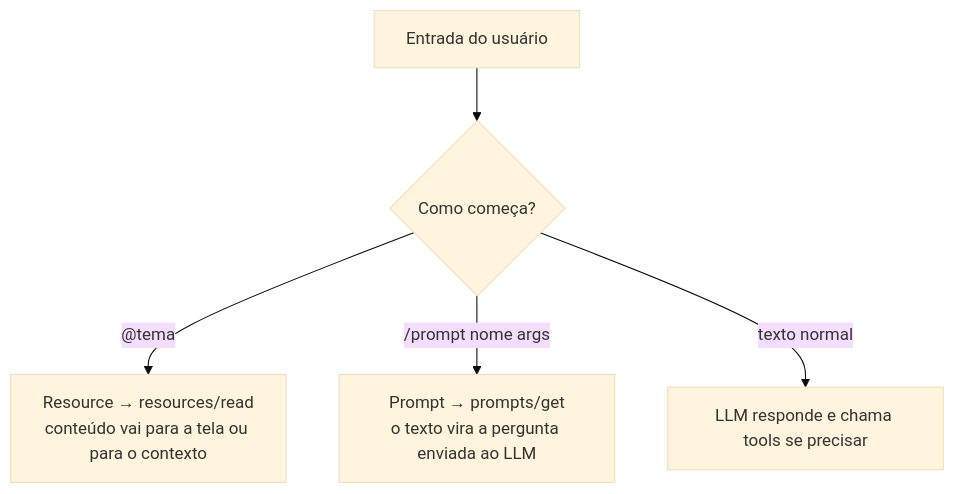
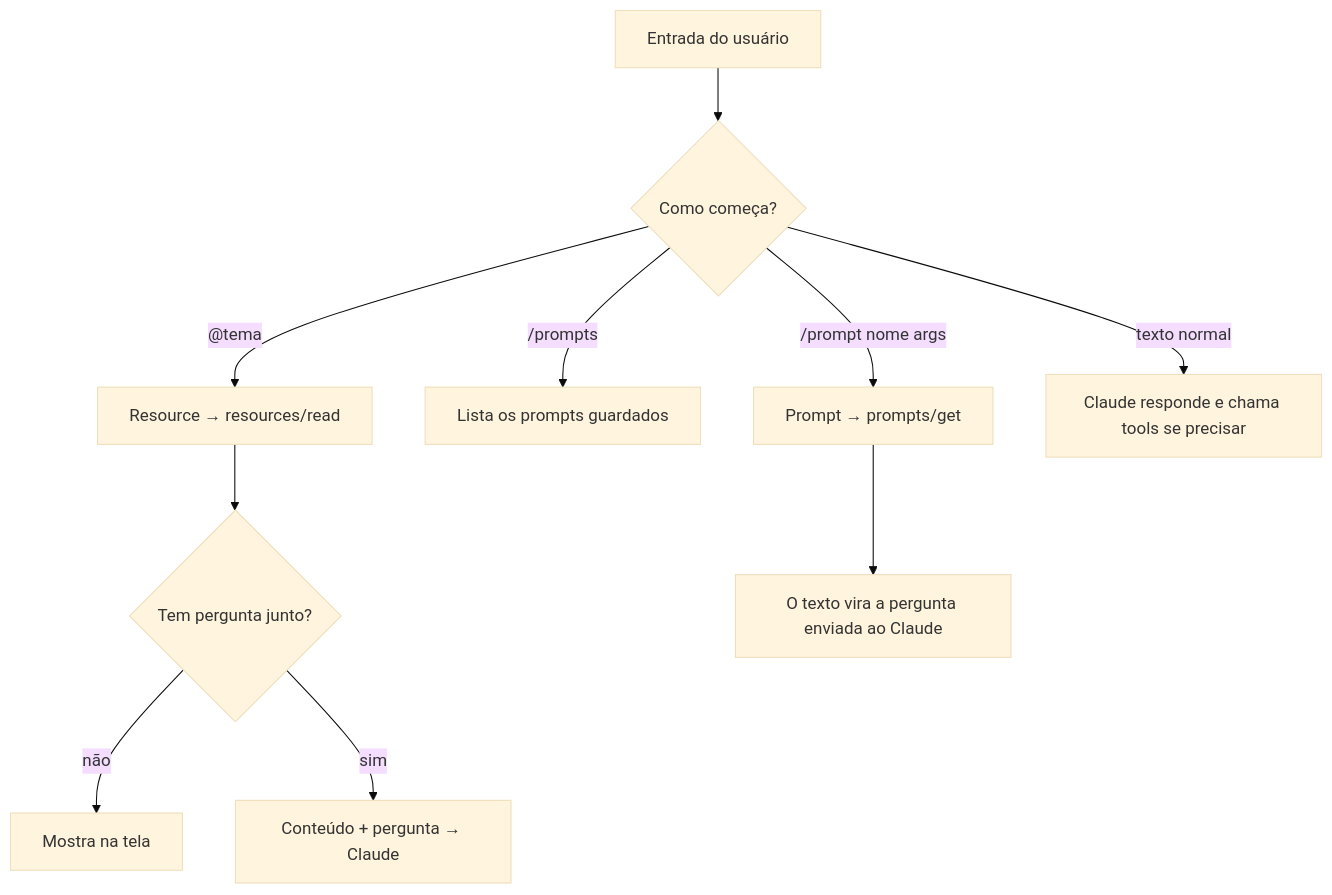
One commit to FloraRosaPupo/mcp-estudos changed the first of 2 diagrams in notas/07-resources-e-prompts.md. Above: the diagram before and after it, drawn with Mermaid (base theme). The commit also changed other lines of this file and 20 other files, not shown here.

````diff
--- a/notas/07-resources-e-prompts.md
+++ b/notas/07-resources-e-prompts.md
@@ -5,7 +21,12 @@
 ```mermaid
 flowchart TD
     IN[Entrada do usuário] --> Q{Como começa?}
-    Q -- "@tema" --> R["Resource → resources/read<br/>conteúdo vai para a tela ou para o contexto"]
-    Q -- "/prompt nome args" --> P["Prompt → prompts/get<br/>o texto vira a pergunta enviada ao LLM"]
-    Q -- texto normal --> T["LLM responde e chama tools se precisar"]
+    Q -- "@tema" --> R["Resource → resources/read"]
+    R --> R2{"Tem pergunta junto?"}
+    R2 -- não --> R3[Mostra na tela]
+    R2 -- sim --> R4["Conteúdo + pergunta → Claude"]
+    Q -- "/prompts" --> P0[Lista os prompts guardados]
+    Q -- "/prompt nome args" --> P["Prompt → prompts/get"]
+    P --> P2["O texto vira a pergunta enviada ao Claude"]
+    Q -- texto normal --> T["Claude responde e chama tools se precisar"]
 ```
````
